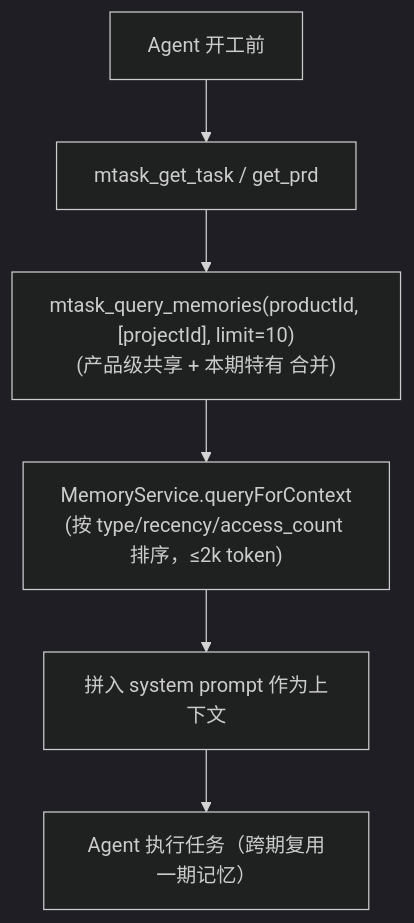
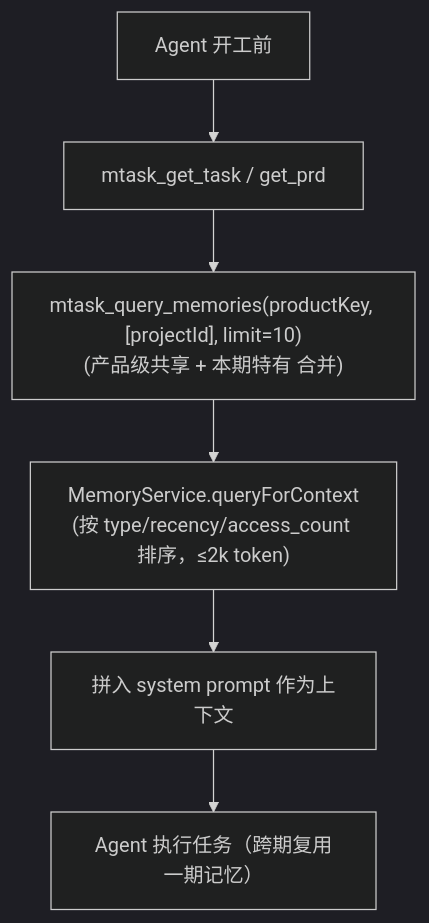
Before and after one commit to wangnan05563/MTask: the second of 2 diagrams in docs/评估报告-工作空间隔离AI长期记忆-T04113.md, drawn with Mermaid (dark theme). The commit also changed other lines of this file and 1 other file, not shown here.

````diff
--- a/docs/评估报告-工作空间隔离AI长期记忆-T04113.md
+++ b/docs/评估报告-工作空间隔离AI长期记忆-T04113.md
@@ -119,8 +204,8 @@
 ```mermaid
 flowchart TD
   A["Agent 开工前"] --> B["mtask_get_task / get_prd"]
-  B --> C["mtask_query_memories(productId, [projectId], limit=10)<br/>(产品级共享 + 本期特有 合并)"]
+  B --> C["mtask_query_memories(productKey, [projectId], limit=10)<br/>(产品级共享 + 本期特有 合并)"]
   C --> D["MemoryService.queryForContext<br/>(按 type/recency/access_count 排序，≤2k token)"]
   D --> E["拼入 system prompt 作为上下文"]
   E --> F["Agent 执行任务（跨期复用一期记忆）"]
 ```
````
